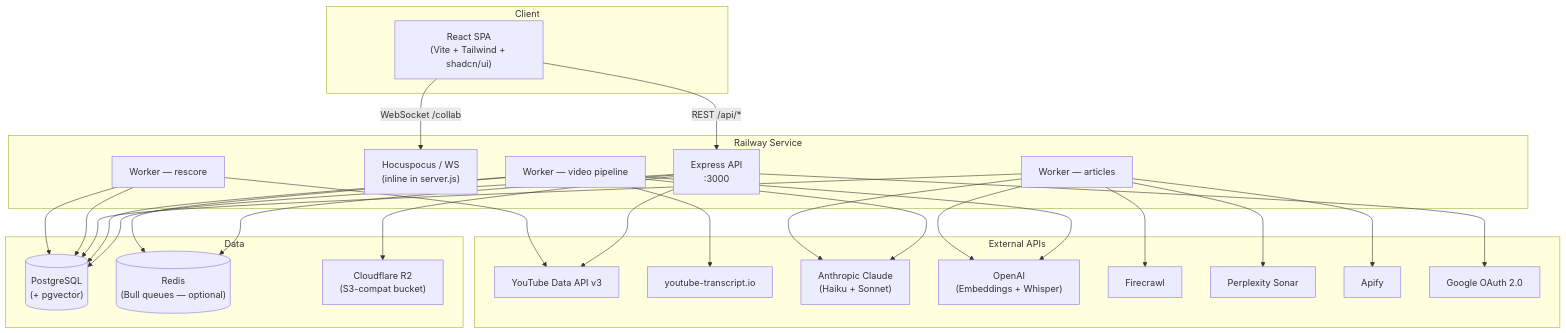
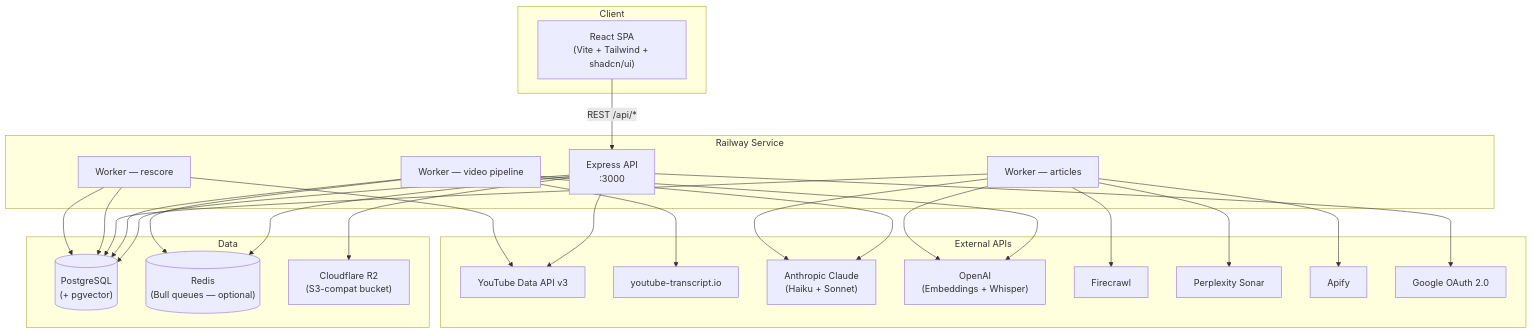
Before and after one commit to aldhubaib/falak: the first of 4 diagrams in docs/ARCHITECTURE/ARCHITECTURE.md, drawn with Mermaid. The commit also changed other lines of this file, not shown here.

Commit message:
docs: update ARCHITECTURE.md — Remove Tiptap/Hocuspocus collaborative editor — replaced with plain textarea

````diff
--- a/docs/ARCHITECTURE/ARCHITECTURE.md
+++ b/docs/ARCHITECTURE/ARCHITECTURE.md
@@ -120,53 +118,51 @@
 ```mermaid
 flowchart TB
     subgraph Client
         FE["React SPA<br/>(Vite + Tailwind + shadcn/ui)"]
     end
 
     subgraph Railway["Railway Service"]
         API["Express API<br/>:3000"]
-        WS["Hocuspocus / WS<br/>(inline in server.js)"]
         W1["Worker — video pipeline"]
         W2["Worker — articles"]
         W3["Worker — rescore"]
     end
 
     subgraph Data
         PG[("PostgreSQL<br/>(+ pgvector)")]
         RD[("Redis<br/>(Bull queues — optional)")]
         R2["Cloudflare R2<br/>(S3-compat bucket)"]
     end
 
     subgraph External_APIs["External APIs"]
         YT["YouTube Data API v3"]
         YTTR["youtube-transcript.io"]
         ANTH["Anthropic Claude<br/>(Haiku + Sonnet)"]
         OAI["OpenAI<br/>(Embeddings + Whisper)"]
         FC["Firecrawl"]
         PX["Perplexity Sonar"]
         AP["Apify"]
         GOOG["Google OAuth 2.0"]
     end
 
     FE -- "REST /api/*" --> API
-    FE -- "WebSocket /collab" --> WS
     API --> PG
     API --> RD
     API --> R2
     W1 --> PG
     W1 --> RD
     W2 --> PG
     W3 --> PG
     API --> YT
     API --> GOOG
     W1 --> ANTH
     W1 --> OAI
     W1 --> YTTR
     W2 --> FC
     W2 --> AP
     W2 --> ANTH
     W2 --> OAI
     W2 --> PX
     W3 --> YT
     W3 --> PG
 ```
````
